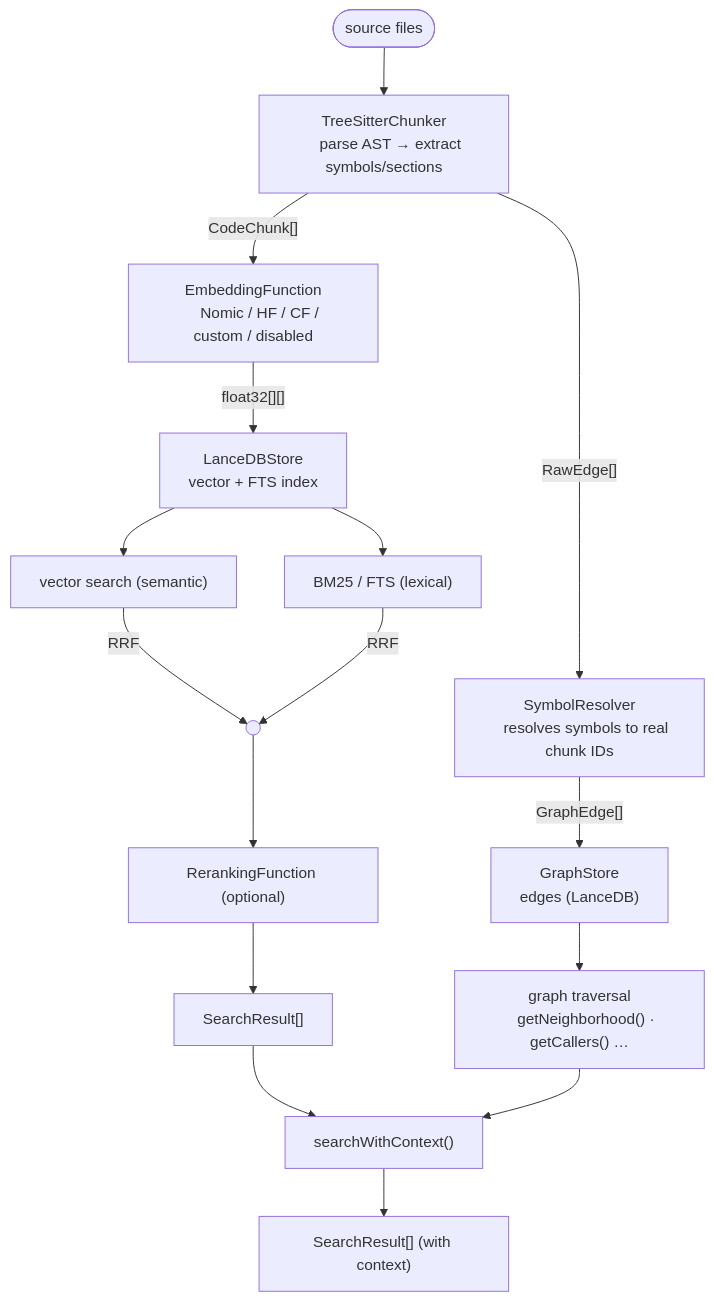
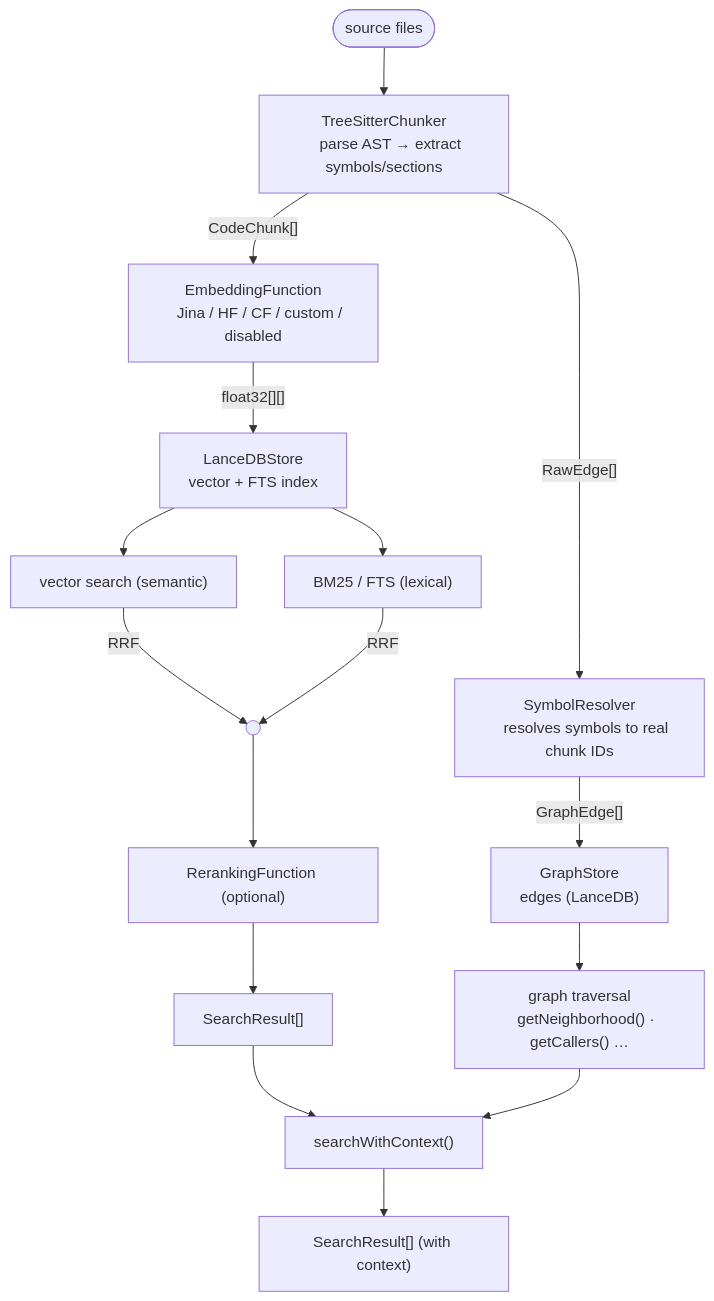
Before and after one commit to upstart-gg/lucerna: the first of 3 diagrams in docs/src/content/docs/concepts/how-it-works.mdx, drawn with Mermaid. The commit also changed 20 other files, not shown here.

Commit message:
feat: replace NomicCodeEmbeddings with JinaCodeEmbeddings and update related documentation and tests

````diff
--- a/docs/src/content/docs/concepts/how-it-works.mdx
+++ b/docs/src/content/docs/concepts/how-it-works.mdx
@@ -8,38 +8,38 @@
 ```mermaid
 flowchart TD
     FILES([source files]) --> TSC
 
     TSC["TreeSitterChunker
     parse AST → extract symbols/sections"]
 
     TSC -->|"CodeChunk[]"| EMB
     TSC -->|"RawEdge[]"| SR
 
     EMB["EmbeddingFunction
-    Nomic / HF / CF / custom / disabled"]
+    Jina / HF / CF / custom / disabled"]
     SR["SymbolResolver
     resolves symbols to real chunk IDs"]
 
     EMB -->|"float32[][]"| LDB
     SR -->|"GraphEdge[]"| GS
 
     LDB["LanceDBStore
     vector + FTS index"]
     GS["GraphStore
     edges (LanceDB)"]
 
     LDB --> VS["vector search (semantic)"]
     LDB --> BM25["BM25 / FTS (lexical)"]
     GS --> GT["graph traversal
     getNeighborhood() · getCallers() …"]
 
     VS -->|RRF| RRF((" "))
     BM25 -->|RRF| RRF
 
     RRF --> RE["RerankingFunction (optional)"]
     RE --> SR2["SearchResult[]"]
 
     SR2 --> SWC["searchWithContext()"]
     GT --> SWC
     SWC --> SR3["SearchResult[] (with context)"]
 ```
````
